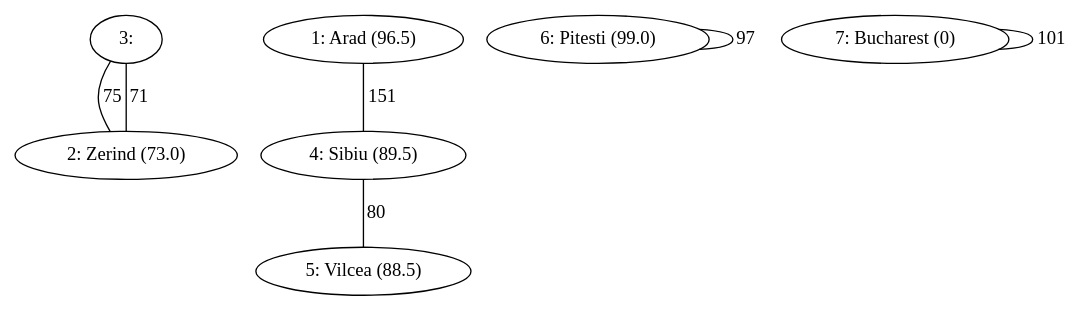
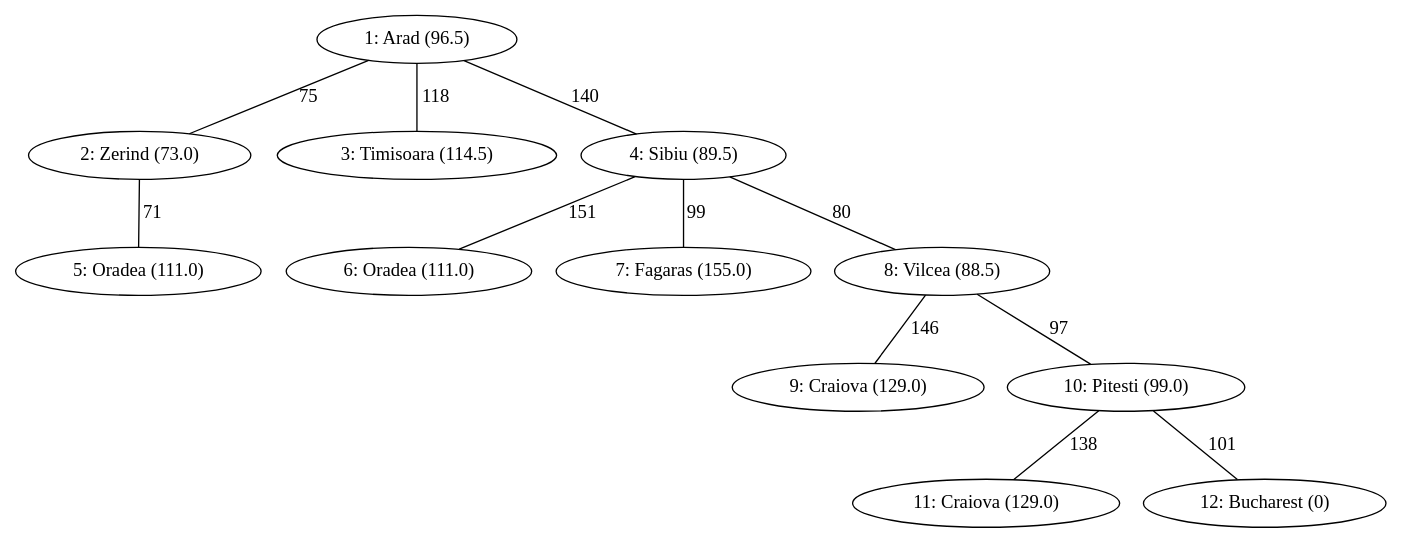
One commit to thiago9864/inteligencia_artificial changed the diagram in trabalho2/arvore.gv. Above: the diagram before and after it, drawn with Graphviz. The commit also changed 1 other file, not shown here.

```diff
--- a/trabalho2/arvore.gv
+++ b/trabalho2/arvore.gv
@@ -1,8 +1,13 @@
 graph {
-   "3: "--"2: Zerind (73.0)" [label=75]
-   "2: Zerind (73.0)"--"3: " [label=71]
-   "1: Arad (96.5)"--"4: Sibiu (89.5)" [label=151]
-   "4: Sibiu (89.5)"--"5: Vilcea (88.5)" [label=80]
-   "6: Pitesti (99.0)"--"6: Pitesti (99.0)" [label=97]
-   "7: Bucharest (0)"--"7: Bucharest (0)" [label=101]
+   "1: Arad (96.5)"--"2: Zerind (73.0)" [label=75]
+   "1: Arad (96.5)"--"3: Timisoara (114.5)" [label=118]
+   "1: Arad (96.5)"--"4: Sibiu (89.5)" [label=140]
+   "2: Zerind (73.0)"--"5: Oradea (111.0)" [label=71]
+   "4: Sibiu (89.5)"--"6: Oradea (111.0)" [label=151]
+   "4: Sibiu (89.5)"--"7: Fagaras (155.0)" [label=99]
+   "4: Sibiu (89.5)"--"8: Vilcea (88.5)" [label=80]
+   "8: Vilcea (88.5)"--"9: Craiova (129.0)" [label=146]
+   "8: Vilcea (88.5)"--"10: Pitesti (99.0)" [label=97]
+   "10: Pitesti (99.0)"--"11: Craiova (129.0)" [label=138]
+   "10: Pitesti (99.0)"--"12: Bucharest (0)" [label=101]
 }
```
